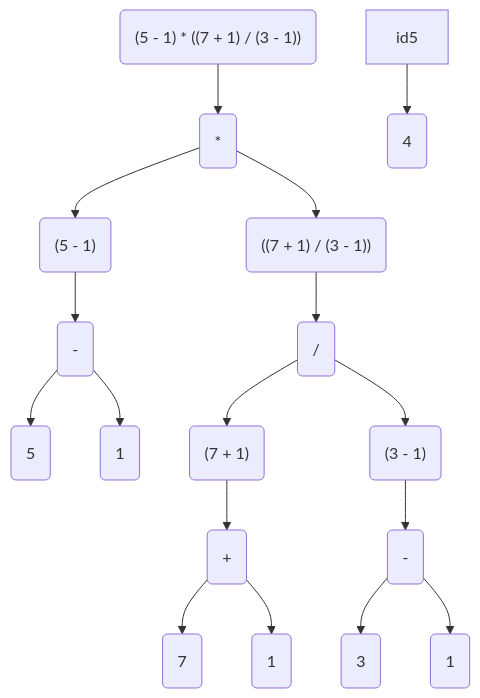
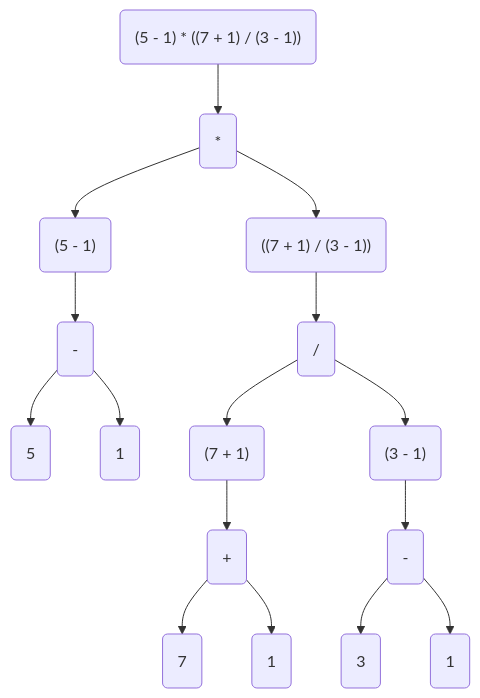
One commit to ProfRonan/ck0087-fundamentos-de-programacao changed the diagram in notas_de_aula/básico/básico.md. Above: the diagram before and after it, drawn with Mermaid.

Commit message:
Arruma figura errada

````diff
--- a/notas_de_aula/básico/básico.md
+++ b/notas_de_aula/básico/básico.md
@@ -71,19 +71,18 @@
 ```mermaid
 flowchart TD
   idRoot("(5 - 1) * ((7 + 1) / (3 - 1))") --> idMulti("*")
   idMulti --> idLMulti("(5 - 1)")
   idLMulti --> idSub("-")
   idSub --> idLSub(5)
   idSub --> idRSub(1)
   idMulti --> idRMulti("((7 + 1) / (3 - 1))")
   idRMulti --> idDiv("/")
-  idDiv --> id4("(7 + 1)")
-  id4 --> idSum("+")
+  idDiv --> id8("(7 + 1)")
+  id8 --> idSum("+")
   idSum --> idLSum(7)
   idSum --> idRSum(1)
   idDiv --> idSub2("(3 - 1)")
   idSub2 --> idSubSymbol("-")
   idSubSymbol --> idLSub2(3)
   idSubSymbol --> idRSub2(1)
-  id5 --> id8(4)
 ```
````
